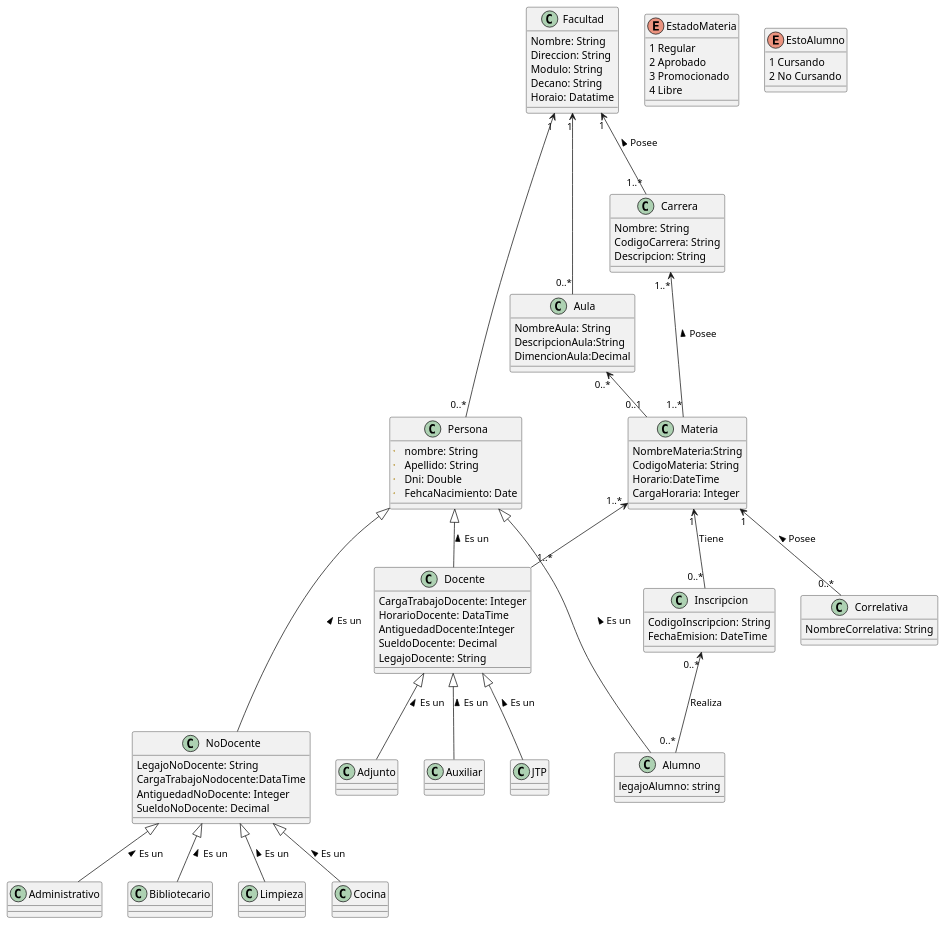
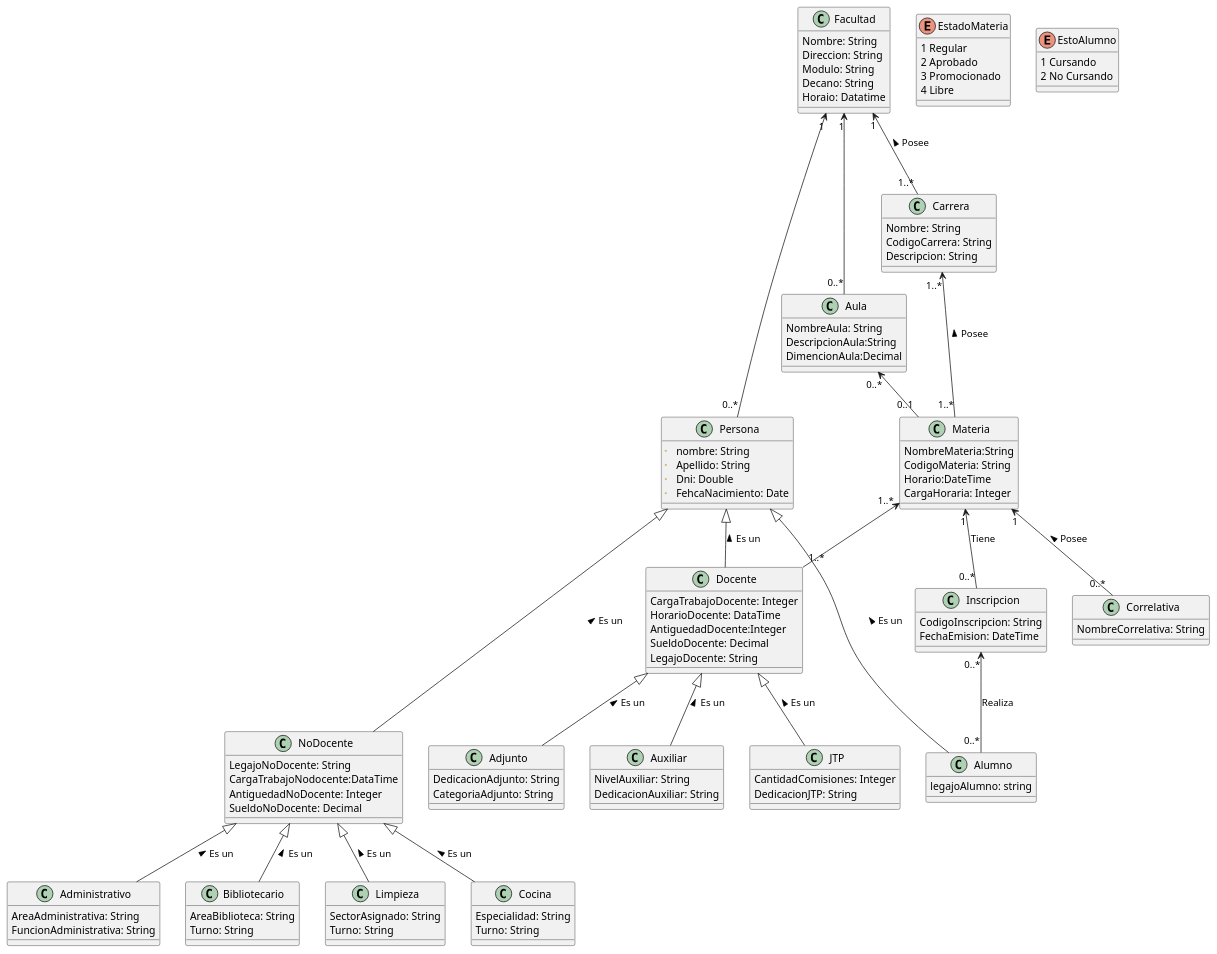
Before and after one commit to Taikaros/TP_POOII: the diagram in Clase_01/design/DiagramaClases.puml, drawn with PlantUML. The commit also changed 1 other file, not shown here.

Commit message:
Agregar atributos a las clases Administrativo, Bibliotecario, Limpieza y Cocina en el diagrama de clases; crear la historia de usuario para la consulta de asistencia del alumno.

```diff
--- a/Clase_01/design/DiagramaClases.puml
+++ b/Clase_01/design/DiagramaClases.puml
@@ -1,113 +1,131 @@
 @startuml
 skinparam classAttributeIconSize 1
 
 class Persona{
 # nombre: String
 # Apellido: String
 # Dni: Double
 # FehcaNacimiento: Date
 }
 Class Alumno{
  legajoAlumno: string
 }
 Class Docente{
 CargaTrabajoDocente: Integer
 HorarioDocente: DataTime
 AntiguedadDocente:Integer
 SueldoDocente: Decimal
 LegajoDocente: String
 }
 
 Class NoDocente{
 LegajoNoDocente: String 
 CargaTrabajoNodocente:DataTime
 AntiguedadNoDocente: Integer
 SueldoNoDocente: Decimal
 }
 
-Class Administrativo{}
-Class Bibliotecario{}
-Class Limpieza{}
-Class Cocina{}
+Class Administrativo{
+AreaAdministrativa: String
+FuncionAdministrativa: String
+}
+Class Bibliotecario{
+AreaBiblioteca: String
+Turno: String
+}
+Class Limpieza{
+SectorAsignado: String
+Turno: String
+}
+Class Cocina{
+Especialidad: String
+Turno: String
+}
 
 Class Materia{
 NombreMateria:String
 CodigoMateria: String
 Horario:DateTime
 CargaHoraria: Integer
 }
 
 Class Facultad{
 Nombre: String
 Direccion: String
 Modulo: String
 Decano: String
 Horaio: Datatime
 }
 
 Class JTP{
+CantidadComisiones: Integer
+DedicacionJTP: String
 }
 
 Class Adjunto{
+DedicacionAdjunto: String
+CategoriaAdjunto: String
 }
 
 Class Auxiliar{
+NivelAuxiliar: String
+DedicacionAuxiliar: String
 }
 
 Class Carrera{
 Nombre: String
 CodigoCarrera: String
 Descripcion: String
 }
 
 Class Correlativa{
 NombreCorrelativa: String
 
 }
 
 Class Inscripcion{
 CodigoInscripcion: String
 FechaEmision: DateTime
 
 }
 Class Aula{
 NombreAula: String
 DescripcionAula:String
 DimencionAula:Decimal
 }
 
 enum EstadoMateria{
 1 Regular
 2 Aprobado
 3 Promocionado
 4 Libre
 }
 
 enum EstoAlumno{
 1 Cursando
 2 No Cursando
 }
 
 Facultad "1" <--- "0..*" Aula
 Aula"0..*" <-- "0..1" Materia 
 Facultad "1" <--"0..*"Persona
 Facultad "1"  <-- "1..*" Carrera: Posee <
 Carrera "1..*"<-- "1..*" Materia: Posee <
 Materia "1" <-- "0..*" Correlativa: Posee <
 Materia "1" <-- "0..*" Inscripcion: Tiene
 Inscripcion "0..*" <-- "0..*" Alumno: Realiza
 Materia "1..*" <-- "1..*" Docente
 
 
 Persona <|---Alumno:Es un <
 Persona <|--- NoDocente: Es un <
 Persona <|-- Docente: Es un <
 NoDocente <|-- Administrativo:Es un <
 NoDocente <|-- Limpieza : Es un <
 NoDocente <|-- Bibliotecario: Es un <
 NoDocente <|-- Cocina: Es un <
 Docente <|-- JTP: Es un <
 Docente <|-- Adjunto: Es un <
 Docente <|-- Auxiliar: Es un <
 
 @enduml
```
